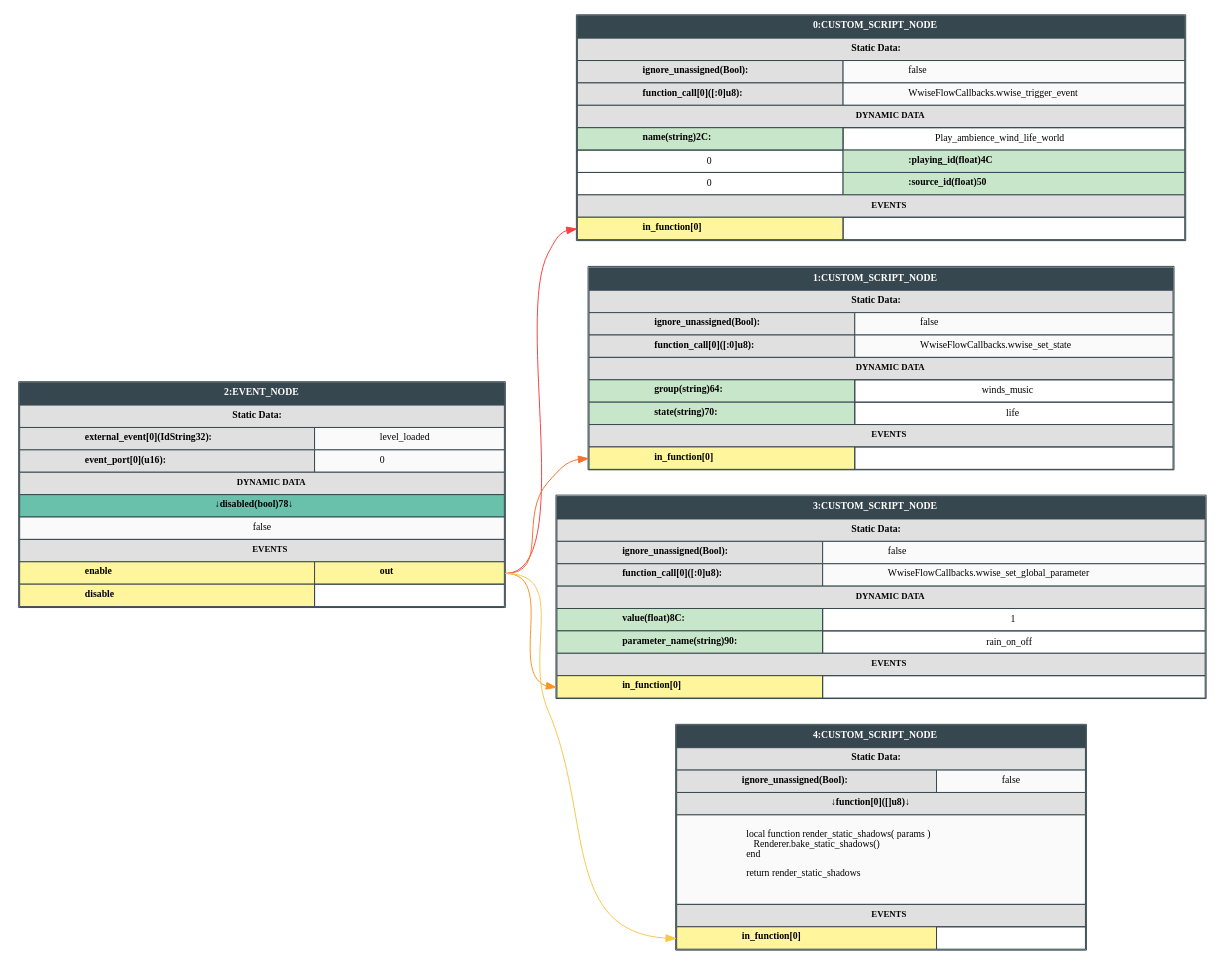
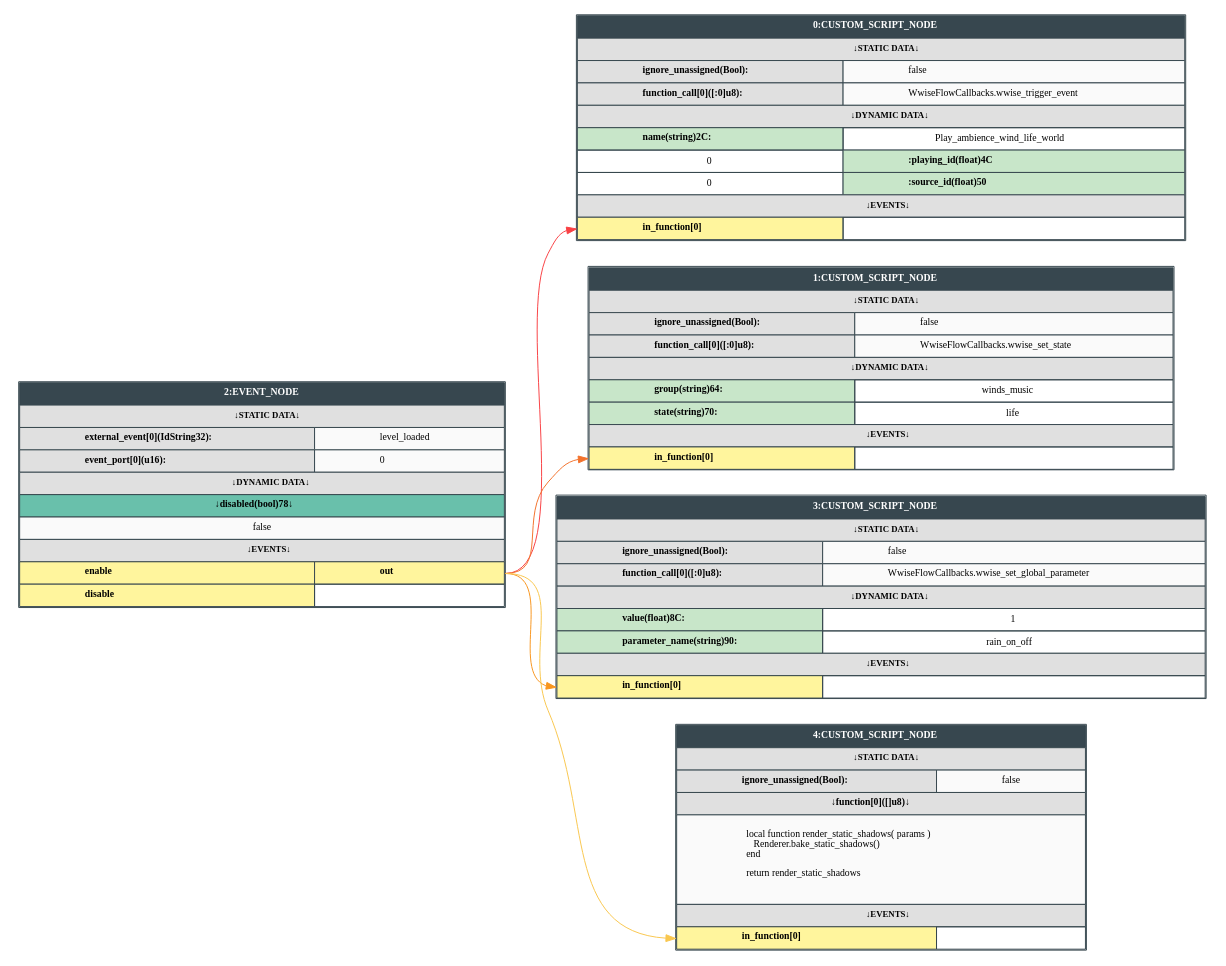
The diagram in gv/honduras_dlcs/scorpion/wall/life/world.level.gv (thewhitegoatcb/Vermintide-2-Flow-Levels), drawn with Graphviz before and after one commit. The commit also changed 1023 other files, not shown here.

```diff
--- a/gv/honduras_dlcs/scorpion/wall/life/world.level.gv
+++ b/gv/honduras_dlcs/scorpion/wall/life/world.level.gv
@@ -11,8 +11,8 @@
                 </TD>
             </TR>
             <TR>
-                <TD COLSPAN="2" BGCOLOR="#E0E0E0">
-                    <FONT FACE="Consolas"><B>Static Data:</B></FONT>
+                <TD COLSPAN="2" BGCOLOR="#E0E0E0" ALIGN="CENTER">
+                    <FONT FACE="Consolas" POINT-SIZE="9"><B>↓STATIC DATA↓</B></FONT>
                 </TD>
             </TR>
             <TR>
@@ -33,7 +33,7 @@
             </TR>
             <TR>
                 <TD COLSPAN="2" BGCOLOR="#E0E0E0" ALIGN="CENTER">
-                    <FONT FACE="Consolas" POINT-SIZE="9"><B>DYNAMIC DATA</B></FONT>
+                    <FONT FACE="Consolas" POINT-SIZE="9"><B>↓DYNAMIC DATA↓</B></FONT>
                 </TD>
             </TR>
 
@@ -57,7 +57,7 @@
             </TR>
             <TR>
                 <TD COLSPAN="2" BGCOLOR="#E0E0E0" ALIGN="CENTER">
-                    <FONT FACE="Consolas" POINT-SIZE="9"><B>EVENTS</B></FONT>
+                    <FONT FACE="Consolas" POINT-SIZE="9"><B>↓EVENTS↓</B></FONT>
                 </TD>
             </TR>
             <TR>
@@ -76,8 +76,8 @@
                 </TD>
             </TR>
             <TR>
-                <TD COLSPAN="2" BGCOLOR="#E0E0E0">
-                    <FONT FACE="Consolas"><B>Static Data:</B></FONT>
+                <TD COLSPAN="2" BGCOLOR="#E0E0E0" ALIGN="CENTER">
+                    <FONT FACE="Consolas" POINT-SIZE="9"><B>↓STATIC DATA↓</B></FONT>
                 </TD>
             </TR>
             <TR>
@@ -98,7 +98,7 @@
             </TR>
             <TR>
                 <TD COLSPAN="2" BGCOLOR="#E0E0E0" ALIGN="CENTER">
-                    <FONT FACE="Consolas" POINT-SIZE="9"><B>DYNAMIC DATA</B></FONT>
+                    <FONT FACE="Consolas" POINT-SIZE="9"><B>↓DYNAMIC DATA↓</B></FONT>
                 </TD>
             </TR>
 
@@ -116,7 +116,7 @@
             </TR>
             <TR>
                 <TD COLSPAN="2" BGCOLOR="#E0E0E0" ALIGN="CENTER">
-                    <FONT FACE="Consolas" POINT-SIZE="9"><B>EVENTS</B></FONT>
+                    <FONT FACE="Consolas" POINT-SIZE="9"><B>↓EVENTS↓</B></FONT>
                 </TD>
             </TR>
             <TR>
@@ -135,8 +135,8 @@
                 </TD>
             </TR>
             <TR>
-                <TD COLSPAN="2" BGCOLOR="#E0E0E0">
-                    <FONT FACE="Consolas"><B>Static Data:</B></FONT>
+                <TD COLSPAN="2" BGCOLOR="#E0E0E0" ALIGN="CENTER">
+                    <FONT FACE="Consolas" POINT-SIZE="9"><B>↓STATIC DATA↓</B></FONT>
                 </TD>
             </TR>
             <TR>
@@ -157,7 +157,7 @@
             </TR>
             <TR>
                 <TD COLSPAN="2" BGCOLOR="#E0E0E0" ALIGN="CENTER">
-                    <FONT FACE="Consolas" POINT-SIZE="9"><B>DYNAMIC DATA</B></FONT>
+                    <FONT FACE="Consolas" POINT-SIZE="9"><B>↓DYNAMIC DATA↓</B></FONT>
                 </TD>
             </TR>
 
@@ -173,7 +173,7 @@
             </TR>
             <TR>
                 <TD COLSPAN="2" BGCOLOR="#E0E0E0" ALIGN="CENTER">
-                    <FONT FACE="Consolas" POINT-SIZE="9"><B>EVENTS</B></FONT>
+                    <FONT FACE="Consolas" POINT-SIZE="9"><B>↓EVENTS↓</B></FONT>
                 </TD>
             </TR>
             <TR>
@@ -200,8 +200,8 @@
                 </TD>
             </TR>
             <TR>
-                <TD COLSPAN="2" BGCOLOR="#E0E0E0">
-                    <FONT FACE="Consolas"><B>Static Data:</B></FONT>
+                <TD COLSPAN="2" BGCOLOR="#E0E0E0" ALIGN="CENTER">
+                    <FONT FACE="Consolas" POINT-SIZE="9"><B>↓STATIC DATA↓</B></FONT>
                 </TD>
             </TR>
             <TR>
@@ -222,7 +222,7 @@
             </TR>
             <TR>
                 <TD COLSPAN="2" BGCOLOR="#E0E0E0" ALIGN="CENTER">
-                    <FONT FACE="Consolas" POINT-SIZE="9"><B>DYNAMIC DATA</B></FONT>
+                    <FONT FACE="Consolas" POINT-SIZE="9"><B>↓DYNAMIC DATA↓</B></FONT>
                 </TD>
             </TR>
 
@@ -240,7 +240,7 @@
             </TR>
             <TR>
                 <TD COLSPAN="2" BGCOLOR="#E0E0E0" ALIGN="CENTER">
-                    <FONT FACE="Consolas" POINT-SIZE="9"><B>EVENTS</B></FONT>
+                    <FONT FACE="Consolas" POINT-SIZE="9"><B>↓EVENTS↓</B></FONT>
                 </TD>
             </TR>
             <TR>
@@ -259,8 +259,8 @@
                 </TD>
             </TR>
             <TR>
-                <TD COLSPAN="2" BGCOLOR="#E0E0E0">
-                    <FONT FACE="Consolas"><B>Static Data:</B></FONT>
+                <TD COLSPAN="2" BGCOLOR="#E0E0E0" ALIGN="CENTER">
+                    <FONT FACE="Consolas" POINT-SIZE="9"><B>↓STATIC DATA↓</B></FONT>
                 </TD>
             </TR>
             <TR>
@@ -283,7 +283,7 @@
             </TR>
             <TR>
                 <TD COLSPAN="2" BGCOLOR="#E0E0E0" ALIGN="CENTER">
-                    <FONT FACE="Consolas" POINT-SIZE="9"><B>EVENTS</B></FONT>
+                    <FONT FACE="Consolas" POINT-SIZE="9"><B>↓EVENTS↓</B></FONT>
                 </TD>
             </TR>
             <TR>
```
